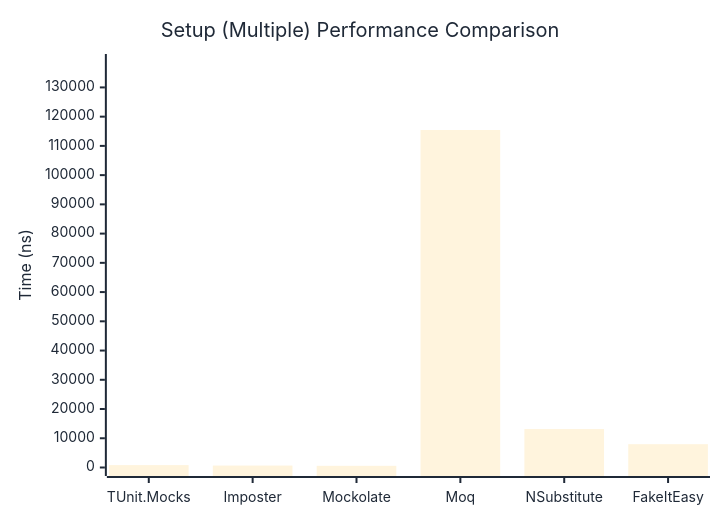
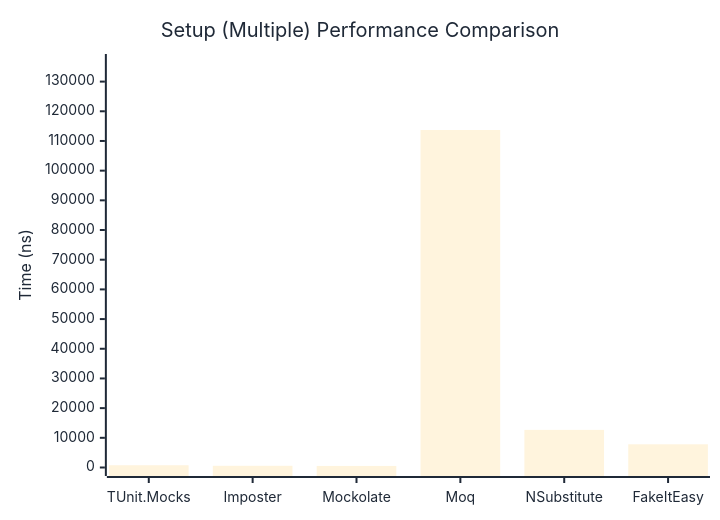
One commit to thomhurst/TUnit changed the second of 2 diagrams in docs/docs/benchmarks/mocks/Setup.md. Above: the diagram before and after it, drawn with Mermaid. The commit also changed other lines of this file and 14 other files, not shown here.

````diff
--- a/docs/docs/benchmarks/mocks/Setup.md
+++ b/docs/docs/benchmarks/mocks/Setup.md
@@ -71,27 +71,27 @@
 ```mermaid
 %%{init: {
   'theme':'base',
   'themeVariables': {
     'primaryColor': '#2563eb',
     'primaryTextColor': '#1f2937',
     'primaryBorderColor': '#1e40af',
     'lineColor': '#6b7280',
     'secondaryColor': '#7c3aed',
     'tertiaryColor': '#dc2626',
     'background': '#ffffff',
     'pie1': '#2563eb',
     'pie2': '#7c3aed',
     'pie3': '#dc2626',
     'pie4': '#f59e0b',
     'pie5': '#10b981',
     'pie6': '#06b6d4',
     'pie7': '#ec4899',
     'pie8': '#6366f1'
   }
 }}%%
 xychart-beta
   title "Setup (Multiple) Performance Comparison"
   x-axis ["TUnit.Mocks", "Imposter", "Mockolate", "Moq", "NSubstitute", "FakeItEasy"]
-  y-axis "Time (ns)" 0 --> 138521
-  bar [817, 658.1, 574.3, 115433.6, 13151.5, 7977.2]
+  y-axis "Time (ns)" 0 --> 136433
+  bar [758.8, 573.1, 527.9, 113693.8, 12671.7, 7818]
 ```
````
